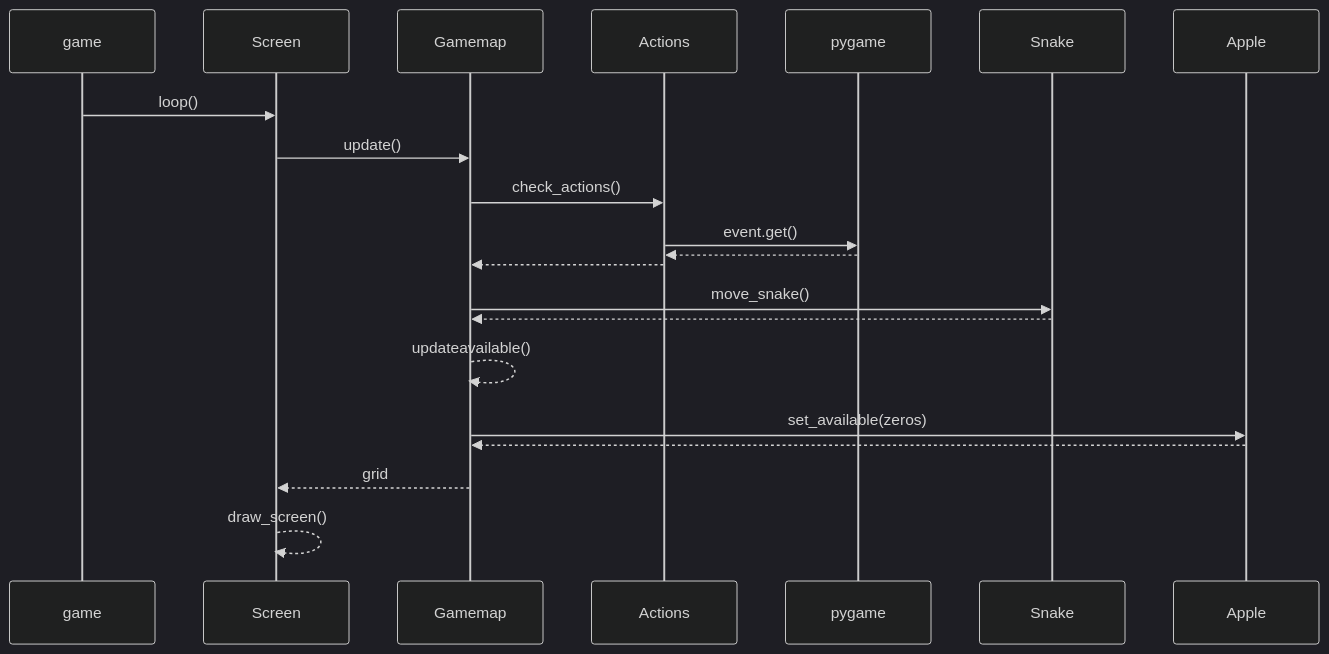
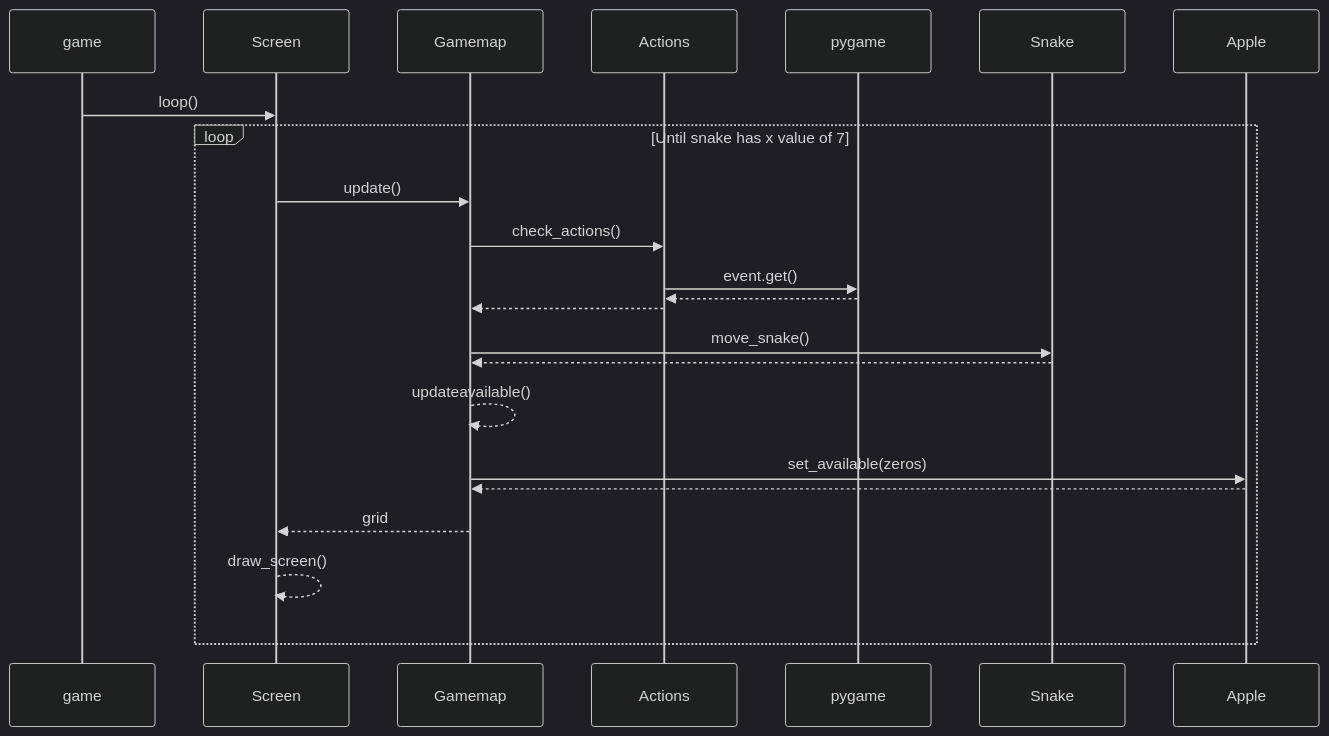
One commit to ThomasGrundstrom/ot-harjoitustyo changed the second of 2 diagrams in dokumentaatio/arkkitehtuuri.md. Above: the diagram before and after it, drawn with Mermaid (dark theme).

Commit message:
arkkitehtuuri.md test

````diff
--- a/dokumentaatio/arkkitehtuuri.md
+++ b/dokumentaatio/arkkitehtuuri.md
@@ -55,24 +55,26 @@
 ```mermaid
  sequenceDiagram
 	participant game
 	participant Screen
 	participant Gamemap
 	participant Actions
 	participant pygame
 	participant Snake
 	participant Apple
 	game->>Screen: loop()
+	loop Until snake has x value of 7
 	Screen->>Gamemap: update()
 	Gamemap->>Actions: check_actions()
 	Actions->>pygame: event.get()
 	pygame-->>Actions: 
 	Actions-->>Gamemap: 
 	Gamemap->>Snake: move_snake()
 	Snake-->>Gamemap: 
 	Gamemap-->>Gamemap: updateavailable()
 	Gamemap->>Apple: set_available(zeros)
 	Apple-->>Gamemap: 
 	Gamemap-->>Screen: grid
 	Screen-->>Screen: draw_screen()
+	end
 
 ```
````
